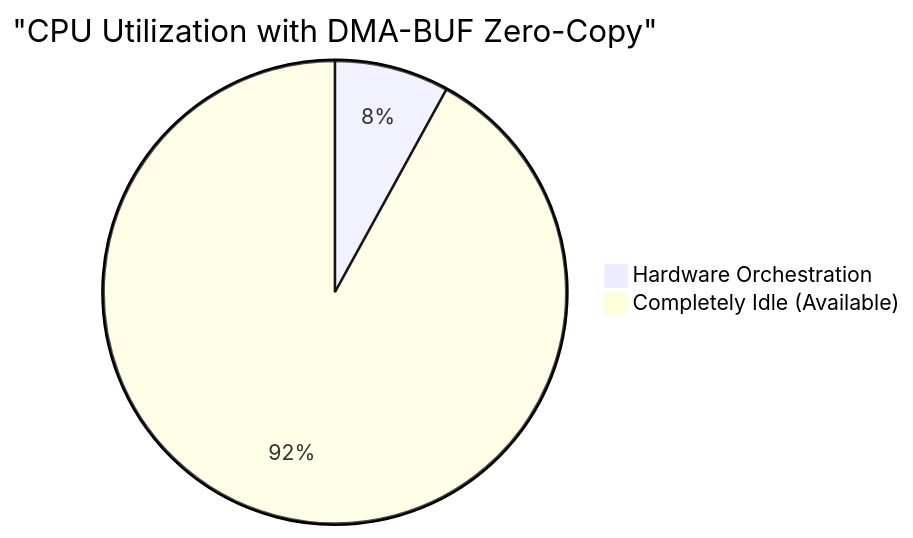
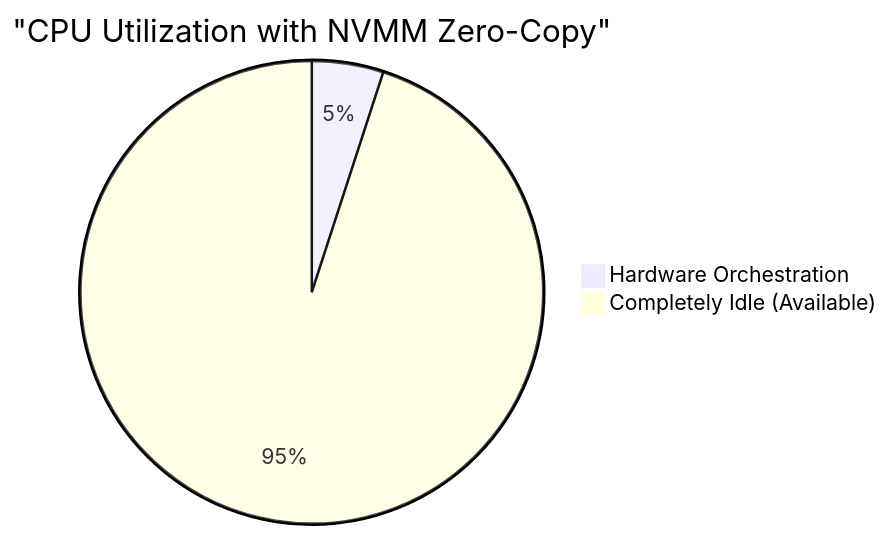
One commit to zok213/DAT1 changed the third of 5 diagrams in README.md. Above: the diagram before and after it, drawn with Mermaid. The commit also changed other lines of this file and 3 other files, not shown here.

Commit message:
feat: Adapt optimization suite for Jetson Orin with NVMM Zero-Copy and TensorRT

````diff
--- a/README.md
+++ b/README.md
@@ -56,5 +45,5 @@
 ```mermaid
-pie title "CPU Utilization with DMA-BUF Zero-Copy"
-    "Hardware Orchestration" : 8
-    "Completely Idle (Available)" : 92
+pie title "CPU Utilization with NVMM Zero-Copy"
+    "Hardware Orchestration" : 5
+    "Completely Idle (Available)" : 95
 ```
````
